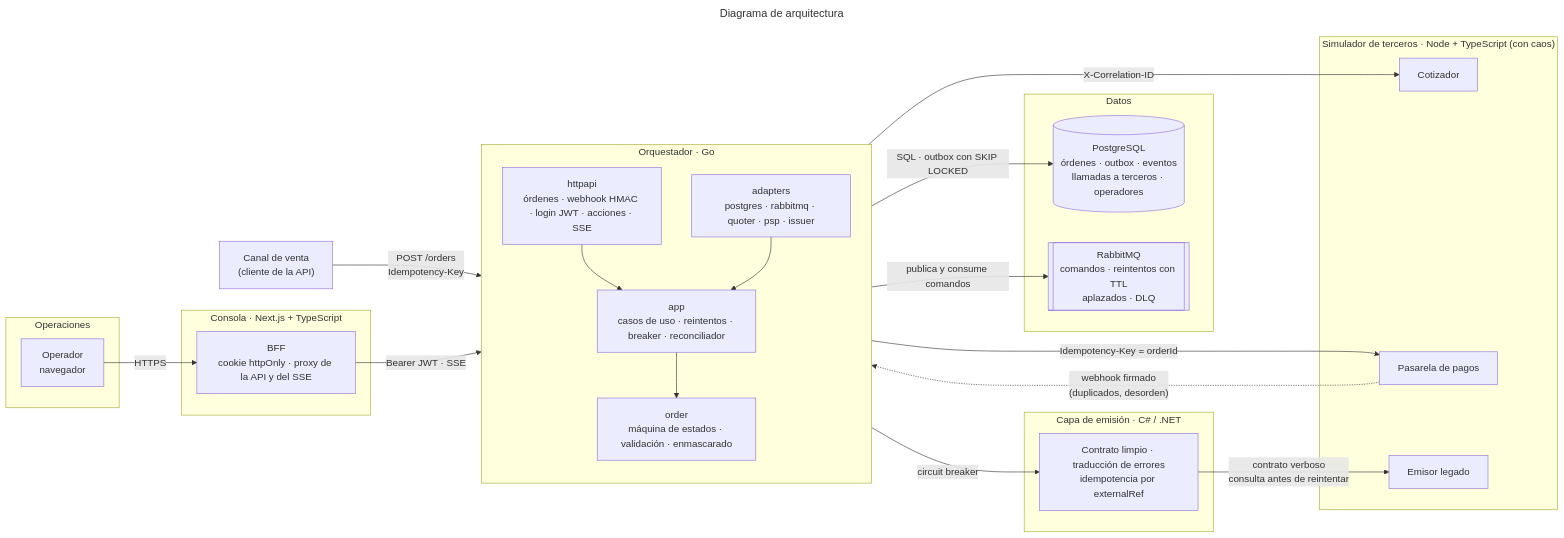
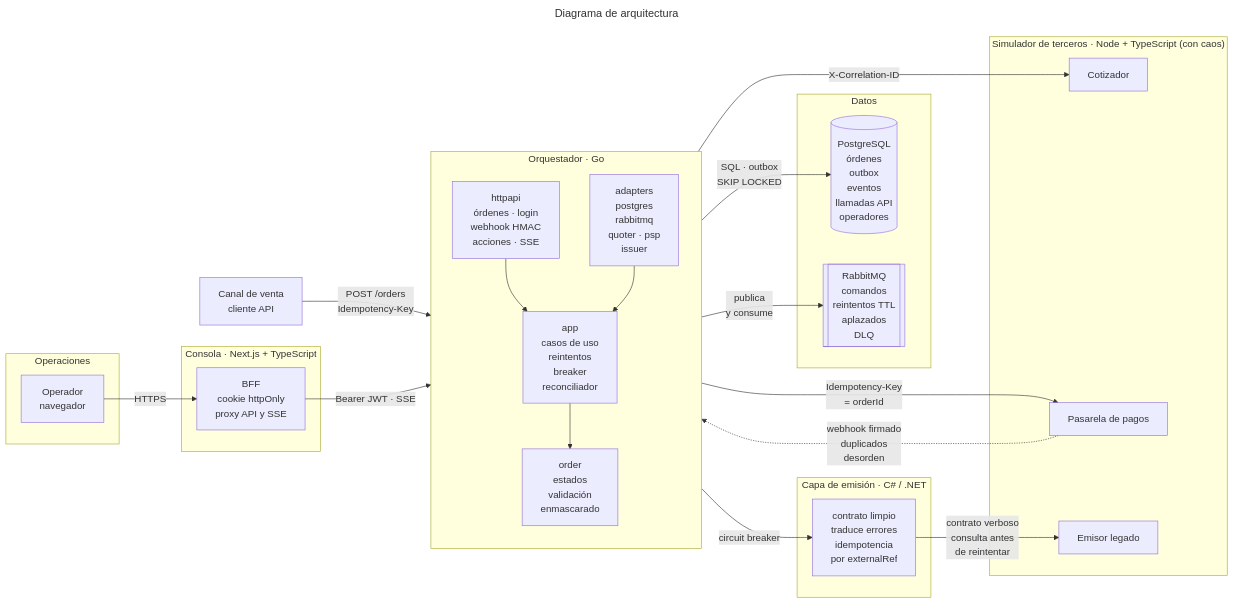
The first of 2 diagrams in README.md (paopadp123/assessment-lider-tecnico), drawn with Mermaid before and after one commit.

Commit message:
docs(readme): acorta los textos del diagrama de arquitectura para que GitHub no los recorte

````diff
--- a/README.md
+++ b/README.md
@@ -45,40 +45,40 @@
 ```mermaid
 ---
 title: Diagrama de arquitectura
 ---
 flowchart LR
     subgraph Operaciones
         OP["Operador<br/>navegador"]
     end
     subgraph Console["Consola · Next.js + TypeScript"]
-        BFF["BFF<br/>cookie httpOnly · proxy de la API y del SSE"]
+        BFF["BFF<br/>cookie httpOnly<br/>proxy API y SSE"]
     end
     subgraph Orch["Orquestador · Go"]
         direction TB
-        H["httpapi<br/>órdenes · webhook HMAC · login JWT · acciones · SSE"] --> APP["app<br/>casos de uso · reintentos · breaker · reconciliador"]
-        APP --> DOM["order<br/>máquina de estados · validación · enmascarado"]
-        ADP["adapters<br/>postgres · rabbitmq · quoter · psp · issuer"] --> APP
+        H["httpapi<br/>órdenes · login<br/>webhook HMAC<br/>acciones · SSE"] --> APP["app<br/>casos de uso<br/>reintentos<br/>breaker<br/>reconciliador"]
+        APP --> DOM["order<br/>estados<br/>validación<br/>enmascarado"]
+        ADP["adapters<br/>postgres<br/>rabbitmq<br/>quoter · psp<br/>issuer"] --> APP
     end
     subgraph Datos
-        PG[("PostgreSQL<br/>órdenes · outbox · eventos<br/>llamadas a terceros · operadores")]
-        MQ[["RabbitMQ<br/>comandos · reintentos con TTL<br/>aplazados · DLQ"]]
+        PG[("PostgreSQL<br/>órdenes<br/>outbox<br/>eventos<br/>llamadas API<br/>operadores")]
+        MQ[["RabbitMQ<br/>comandos<br/>reintentos TTL<br/>aplazados<br/>DLQ"]]
     end
     subgraph ACL["Capa de emisión · C# / .NET"]
-        ISS["Contrato limpio · traducción de errores<br/>idempotencia por externalRef"]
+        ISS["contrato limpio<br/>traduce errores<br/>idempotencia<br/>por externalRef"]
     end
     subgraph Terceros["Simulador de terceros · Node + TypeScript (con caos)"]
         Q["Cotizador"]
         PSP["Pasarela de pagos"]
         LEG["Emisor legado"]
     end
-    CLI["Canal de venta<br/>(cliente de la API)"] -- "POST /orders<br/>Idempotency-Key" --> H
+    CLI["Canal de venta<br/>cliente API"] -- "POST /orders<br/>Idempotency-Key" --> H
     OP -- "HTTPS" --> BFF
     BFF -- "Bearer JWT · SSE" --> H
-    ADP -- "SQL · outbox con SKIP LOCKED" --> PG
-    ADP -- "publica y consume comandos" --> MQ
+    ADP -- "SQL · outbox<br/>SKIP LOCKED" --> PG
+    ADP -- "publica<br/>y consume" --> MQ
     ADP -- "X-Correlation-ID" --> Q
-    ADP -- "Idempotency-Key = orderId" --> PSP
-    PSP -. "webhook firmado<br/>(duplicados, desorden)" .-> H
+    ADP -- "Idempotency-Key<br/>= orderId" --> PSP
+    PSP -. "webhook firmado<br/>duplicados<br/>desorden" .-> H
     ADP -- "circuit breaker" --> ISS
-    ISS -- "contrato verboso<br/>consulta antes de reintentar" --> LEG
+    ISS -- "contrato verboso<br/>consulta antes<br/>de reintentar" --> LEG
 ```
````
